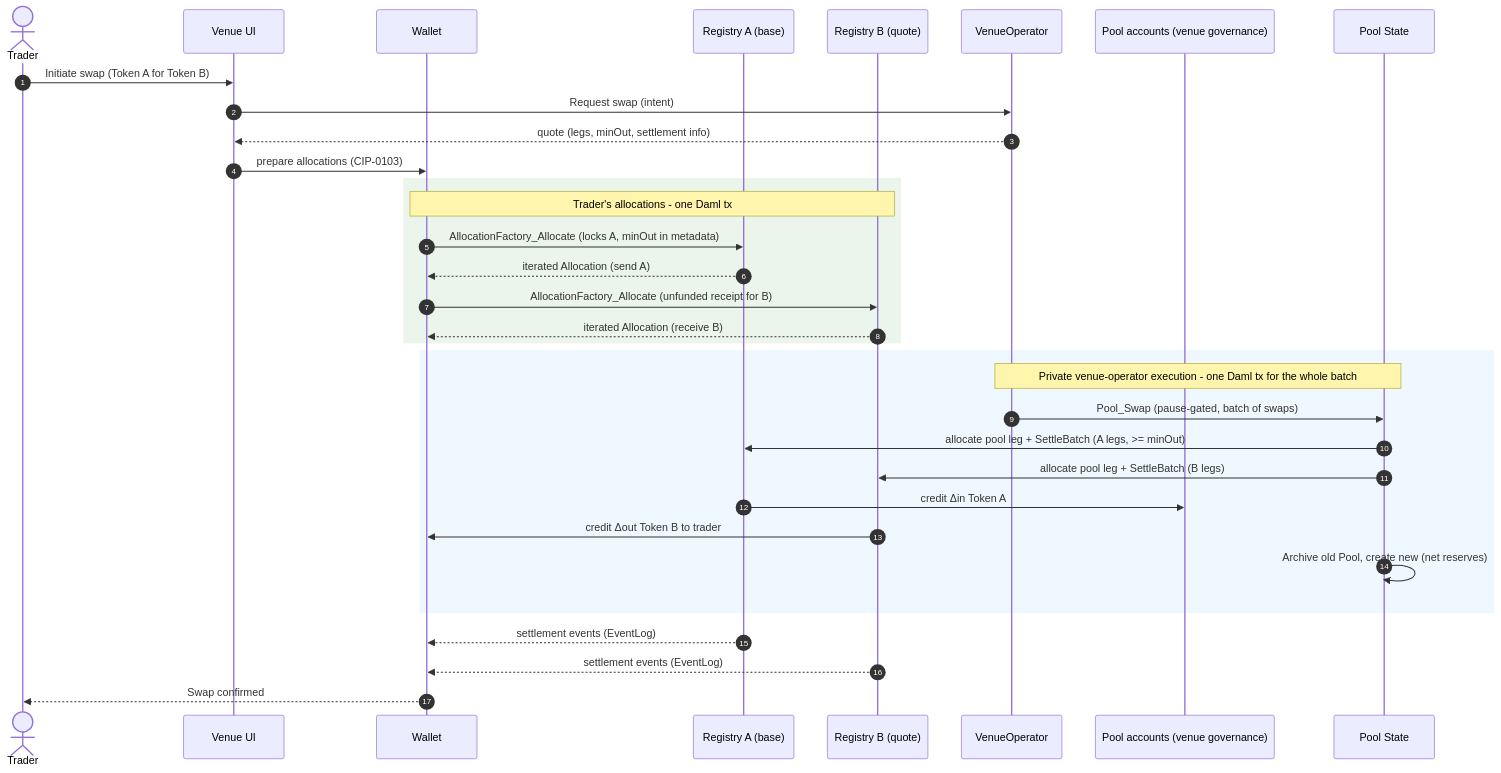
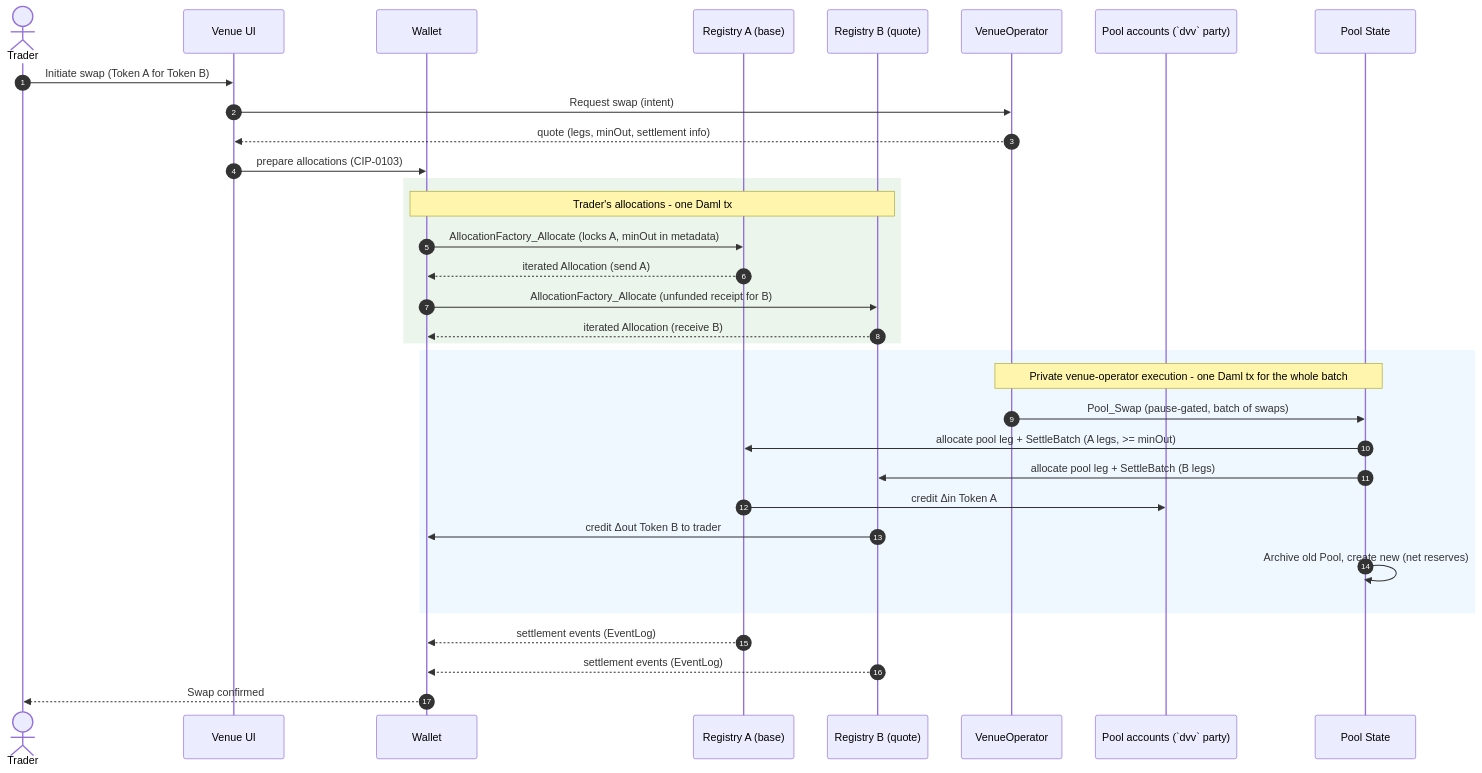
The fourth of 4 diagrams in docs/reference-architectures/dex.md (OpenZeppelin/canton-specs), drawn with Mermaid before and after one commit. The commit also changed other lines of this file, not shown here.

Commit message:
Switch naming to dvv and vo, for simplicity.

````diff
--- a/docs/reference-architectures/dex.md
+++ b/docs/reference-architectures/dex.md
@@ -404,37 +404,37 @@
 ```mermaid
 sequenceDiagram
     autonumber
     actor Trader
     participant VenueUI as Venue UI
     participant Wallet
     participant RegA as Registry A (base)
     participant RegB as Registry B (quote)
     participant VenueOperator
-    participant PoolAcct as Pool accounts (venue governance)
+    participant PoolAcct as Pool accounts (`dvv` party)
     participant PoolContract as Pool State
 
     Trader->>VenueUI: Initiate swap (Token A for Token B)
     VenueUI->>VenueOperator: Request swap (intent)
     VenueOperator-->>VenueUI: quote (legs, minOut, settlement info)
     VenueUI->>Wallet: prepare allocations (CIP-0103)
     rect rgb(235, 245, 235)
     Note over Wallet, RegB: Trader's allocations - one Daml tx
     Wallet->>RegA: AllocationFactory_Allocate (locks A, minOut in metadata)
     RegA-->>Wallet: iterated Allocation (send A)
     Wallet->>RegB: AllocationFactory_Allocate (unfunded receipt for B)
     RegB-->>Wallet: iterated Allocation (receive B)
     end
     rect rgb(240, 248, 255)
     Note over VenueOperator, PoolContract: Private venue-operator execution - one Daml tx for the whole batch
     VenueOperator->>PoolContract: Pool_Swap (pause-gated, batch of swaps)
     PoolContract->>RegA: allocate pool leg + SettleBatch (A legs, >= minOut)
     PoolContract->>RegB: allocate pool leg + SettleBatch (B legs)
     RegA->>PoolAcct: credit Δin Token A
     RegB->>Wallet: credit Δout Token B to trader
     PoolContract->>PoolContract: Archive old Pool, create new (net reserves)
     end
 
     RegA-->>Wallet: settlement events (EventLog)
     RegB-->>Wallet: settlement events (EventLog)
     Wallet-->>Trader: Swap confirmed
 ```
````
